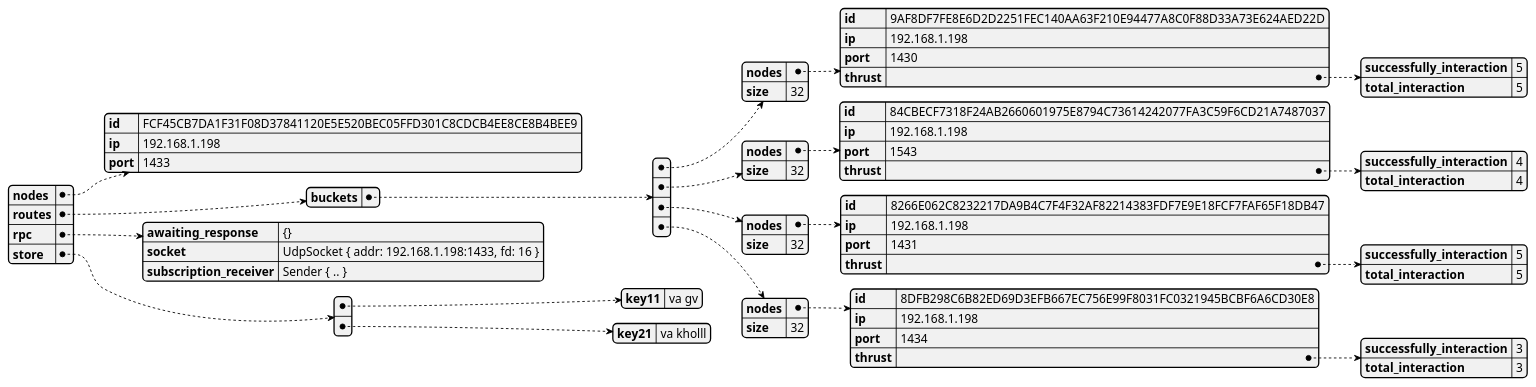
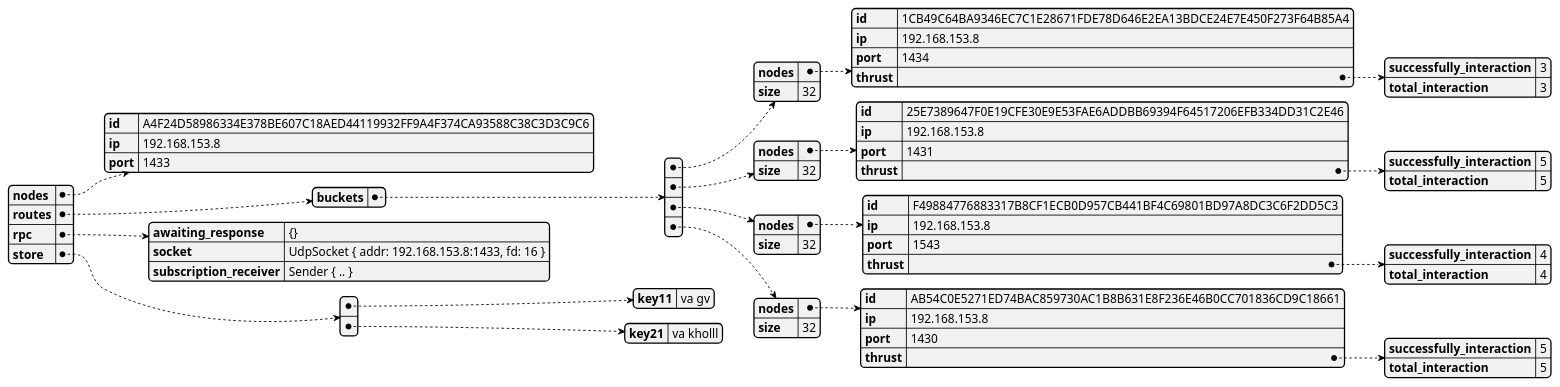
One commit to GoliathHagar/distributed_legder_kademlia changed the diagram in src/distributed_legder/state_dumps/test-contact-3.json.plantuml. Above: the diagram before and after it, drawn with PlantUML. The commit also changed 28 other files, not shown here.

```diff
--- a/src/distributed_legder/state_dumps/test-contact-3.json.plantuml
+++ b/src/distributed_legder/state_dumps/test-contact-3.json.plantuml
@@ -1,3 +1,3 @@
 @startjson
-{"nodes":{"id":"FCF45CB7DA1F31F08D37841120E5E520BEC05FFD301C8CDCB4EE8CE8B4BEE9","ip":"192.168.1.198","port":1433},"routes":{"buckets":[{"nodes":{"id":"9AF8DF7FE8E6D2D2251FEC140AA63F210E94477A8C0F88D33A73E624AED22D","ip":"192.168.1.198","port":1430,"thrust":{"successfully_interaction":5,"total_interaction":5}},"size":32},{"nodes":{"id":"84CBECF7318F24AB2660601975E8794C73614242077FA3C59F6CD21A7487037","ip":"192.168.1.198","port":1543,"thrust":{"successfully_interaction":4,"total_interaction":4}},"size":32},{"nodes":{"id":"8266E062C8232217DA9B4C7F4F32AF82214383FDF7E9E18FCF7FAF65F18DB47","ip":"192.168.1.198","port":1431,"thrust":{"successfully_interaction":5,"total_interaction":5}},"size":32},{"nodes":{"id":"8DFB298C6B82ED69D3EFB667EC756E99F8031FC0321945BCBF6A6CD30E8","ip":"192.168.1.198","port":1434,"thrust":{"successfully_interaction":3,"total_interaction":3}},"size":32}]},"rpc":{"awaiting_response":"{}","socket":"UdpSocket { addr: 192.168.1.198:1433, fd: 16 }","subscription_receiver":"Sender { .. }"},"store":[{"key11":"va gv"},{"key21":"va kholll"}]}
+{"nodes":{"id":"A4F24D58986334E378BE607C18AED44119932FF9A4F374CA93588C38C3D3C9C6","ip":"192.168.153.8","port":1433},"routes":{"buckets":[{"nodes":{"id":"1CB49C64BA9346EC7C1E28671FDE78D646E2EA13BDCE24E7E450F273F64B85A4","ip":"192.168.153.8","port":1434,"thrust":{"successfully_interaction":3,"total_interaction":3}},"size":32},{"nodes":{"id":"25E7389647F0E19CFE30E9E53FAE6ADDBB69394F64517206EFB334DD31C2E46","ip":"192.168.153.8","port":1431,"thrust":{"successfully_interaction":5,"total_interaction":5}},"size":32},{"nodes":{"id":"F49884776883317B8CF1ECB0D957CB441BF4C69801BD97A8DC3C6F2DD5C3","ip":"192.168.153.8","port":1543,"thrust":{"successfully_interaction":4,"total_interaction":4}},"size":32},{"nodes":{"id":"AB54C0E5271ED74BAC859730AC1B8B631E8F236E46B0CC701836CD9C18661","ip":"192.168.153.8","port":1430,"thrust":{"successfully_interaction":5,"total_interaction":5}},"size":32}]},"rpc":{"awaiting_response":"{}","socket":"UdpSocket { addr: 192.168.153.8:1433, fd: 16 }","subscription_receiver":"Sender { .. }"},"store":[{"key11":"va gv"},{"key21":"va kholll"}]}
 @endjson
```
